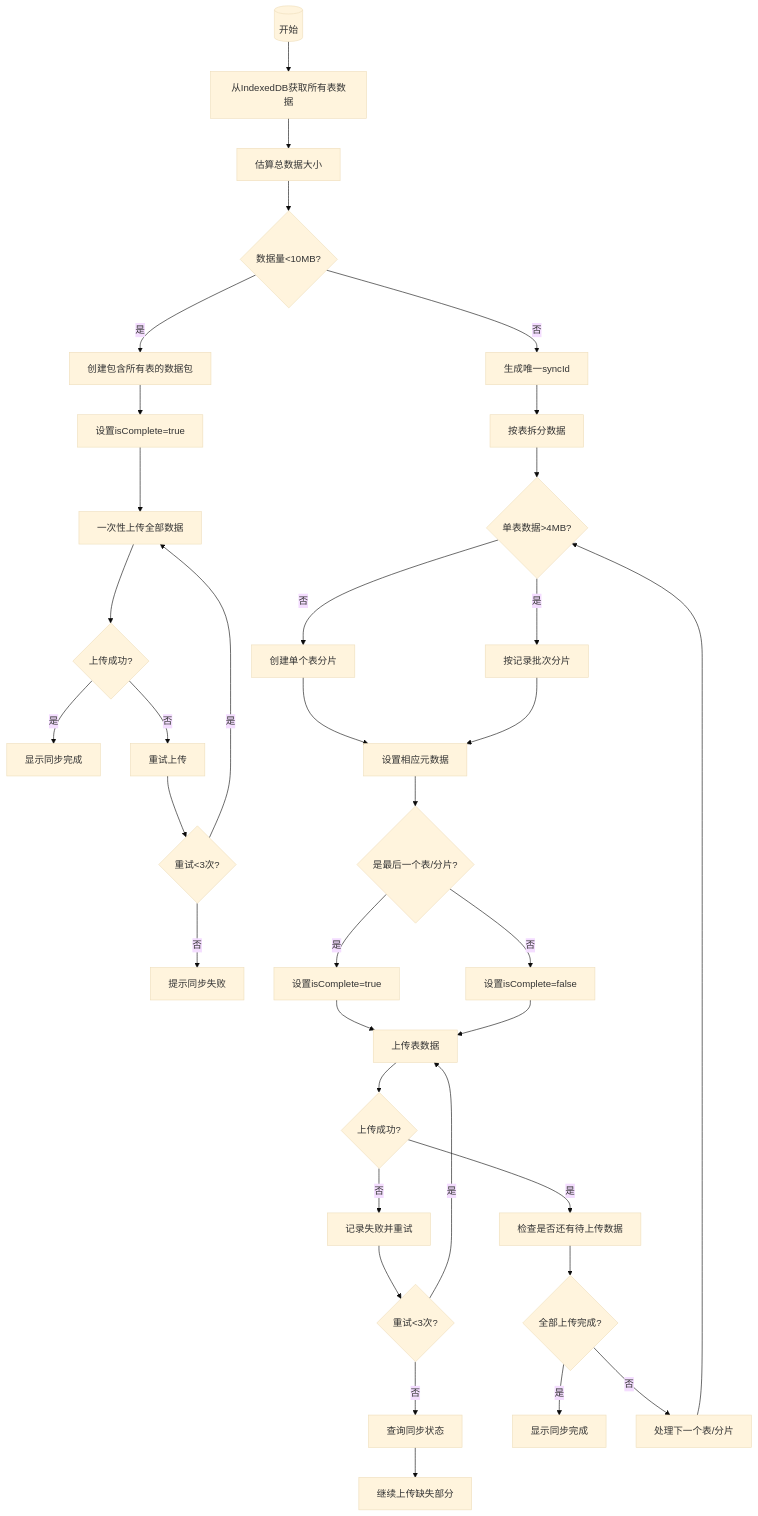
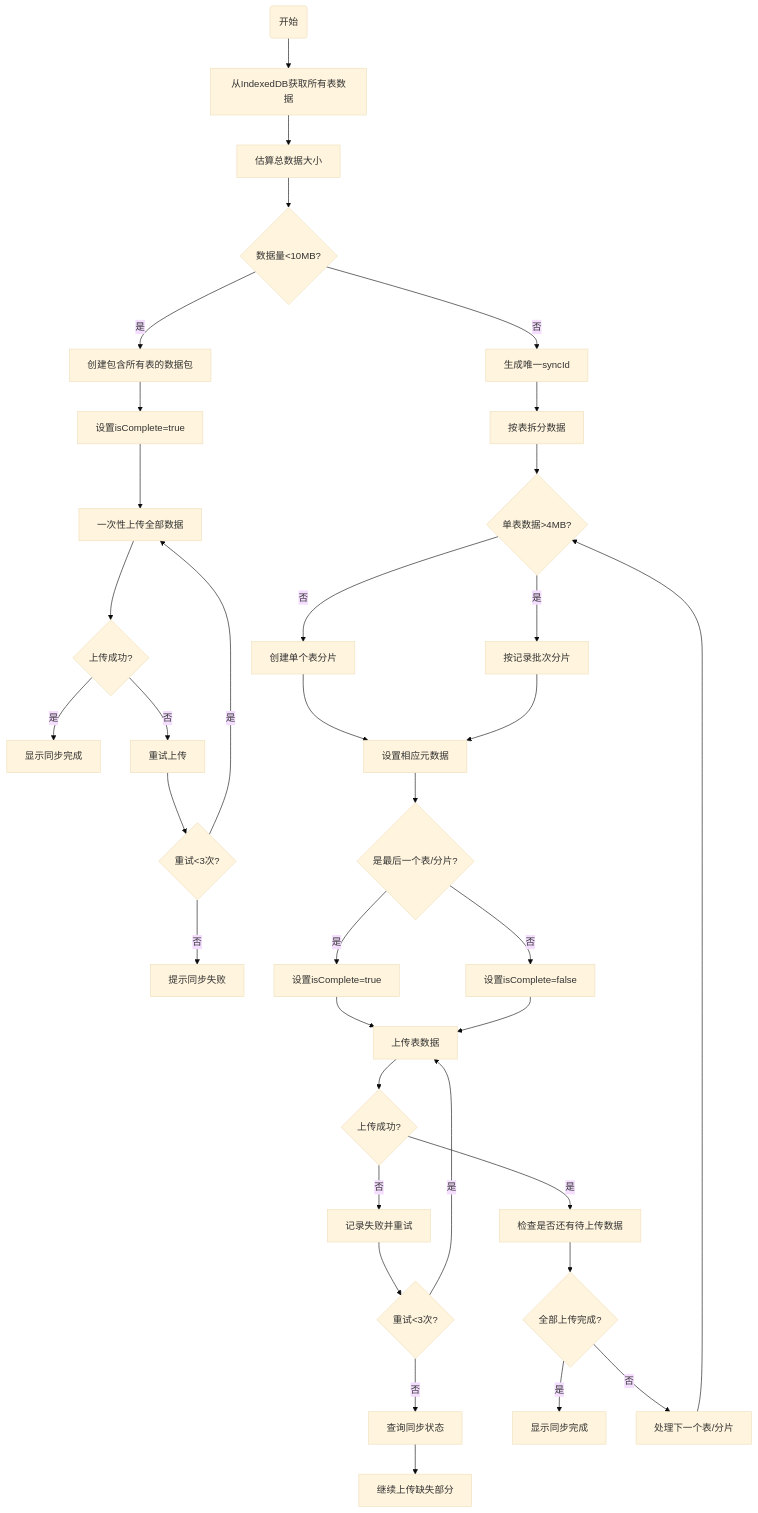
Before and after one commit to yingjianzh/iodraw-files: the diagram in all/未命名-59.md, drawn with Mermaid (base theme).

Commit message:
2025-05-14 18:30:08 update

````diff
--- a/all/未命名-59.md
+++ b/all/未命名-59.md
@@ -1,42 +1,42 @@
 ```mermaid
 flowchart TD
-    A[(开始)] -->E[从IndexedDB获取所有表数据]
+    A(开始) -->E[从IndexedDB获取所有表数据]
     E --> F[估算总数据大小]
     F --> G{数据量<10MB?}
     
     %% 小数据量处理流程
     G -->|是| H[创建包含所有表的数据包]
     H --> I[设置isComplete=true]
     I --> J[一次性上传全部数据]
     J --> K{上传成功?}
     K -->|是| L[显示同步完成]
     K -->|否| M[重试上传]
     M --> N{重试<3次?}
     N -->|是| J
     N -->|否| O[提示同步失败]
     
     %% 中大数据量处理流程
     G -->|否| P[生成唯一syncId]
     P --> Q[按表拆分数据]
     Q --> R{单表数据>4MB?}
     R -->|否| S[创建单个表分片]
     R -->|是| T[按记录批次分片]
     S --> U[设置相应元数据]
     T --> U
     U --> V{是最后一个表/分片?}
     V -->|是| W[设置isComplete=true]
     V -->|否| X[设置isComplete=false]
     W --> Y[上传表数据]
     X --> Y
     Y --> Z{上传成功?}
     Z -->|是| AA[检查是否还有待上传数据]
     Z -->|否| AB[记录失败并重试]
     AB --> AC{重试<3次?}
     AC -->|是| Y
     AC -->|否| AD[查询同步状态]
     AD --> AE[继续上传缺失部分]
     AA --> AF{全部上传完成?}
     AF -->|是| AG[显示同步完成]
     AF -->|否| AH[处理下一个表/分片]
     AH --> R
 ```
````
